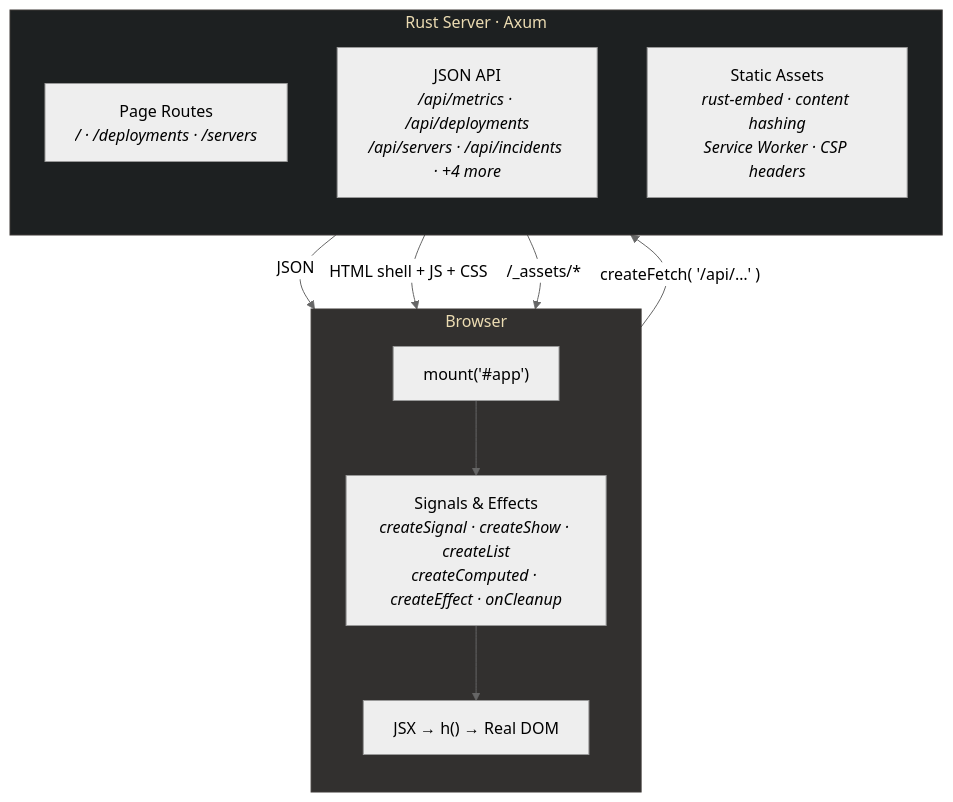
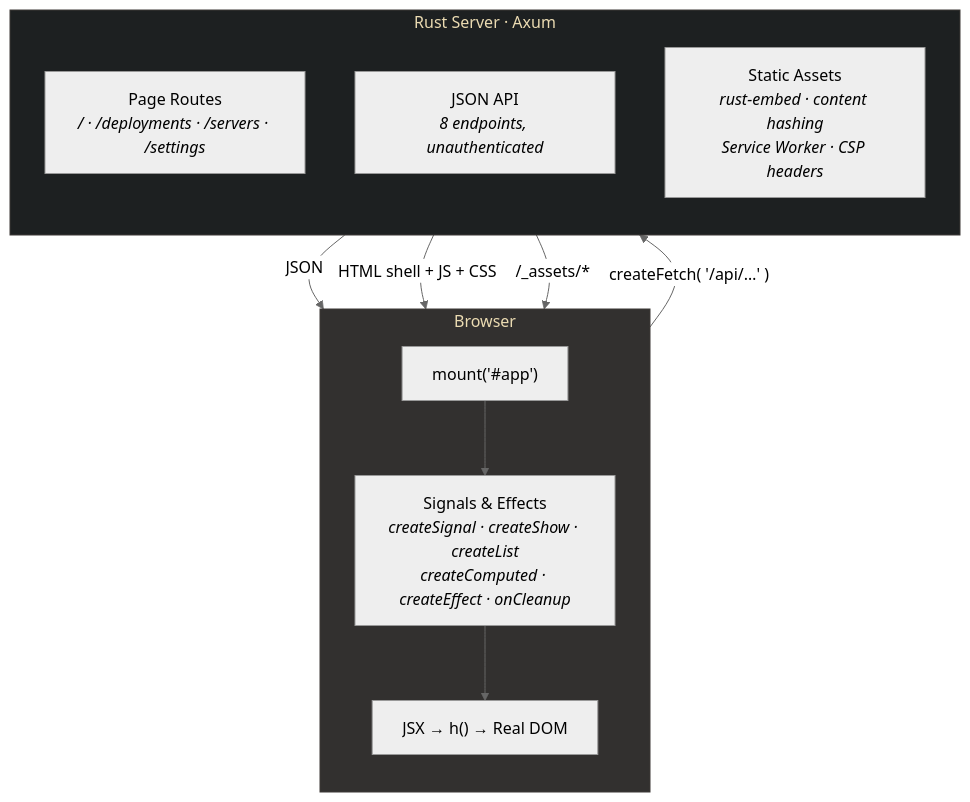
The diagram in templates/dashboard/README.md (getforma-dev/create-forma-app), drawn with Mermaid (neutral theme) before and after one commit. The commit also changed other lines of this file and 36 other files, not shown here.

````diff
--- a/templates/dashboard/README.md
+++ b/templates/dashboard/README.md
@@ -57,25 +88,25 @@
 ```mermaid
 flowchart TB
   subgraph client["Browser"]
     direction TB
     mount["mount('#app')"]
     signals["Signals & Effects<br/><i>createSignal · createShow · createList<br/>createComputed · createEffect · onCleanup</i>"]
     jsx["JSX → h() → Real DOM"]
     mount --> signals --> jsx
   end
 
   subgraph server["Rust Server · Axum"]
     direction TB
-    pages["Page Routes<br/><i>/ · /deployments · /servers</i>"]
-    api["JSON API<br/><i>/api/metrics · /api/deployments<br/>/api/servers · /api/incidents · +4 more</i>"]
+    pages["Page Routes<br/><i>/ · /deployments · /servers · /settings</i>"]
+    api["JSON API<br/><i>8 endpoints, unauthenticated</i>"]
     assets["Static Assets<br/><i>rust-embed · content hashing<br/>Service Worker · CSP headers</i>"]
   end
 
   client -- "createFetch( '/api/…' )" --> api
   api -- "JSON" --> client
   pages -- "HTML shell + JS + CSS" --> client
   assets -- "/_assets/*" --> client
 
   style client fill:#32302f,stroke:#3c3836,color:#ebdbb2
   style server fill:#1d2021,stroke:#3c3836,color:#ebdbb2
 ```
````
